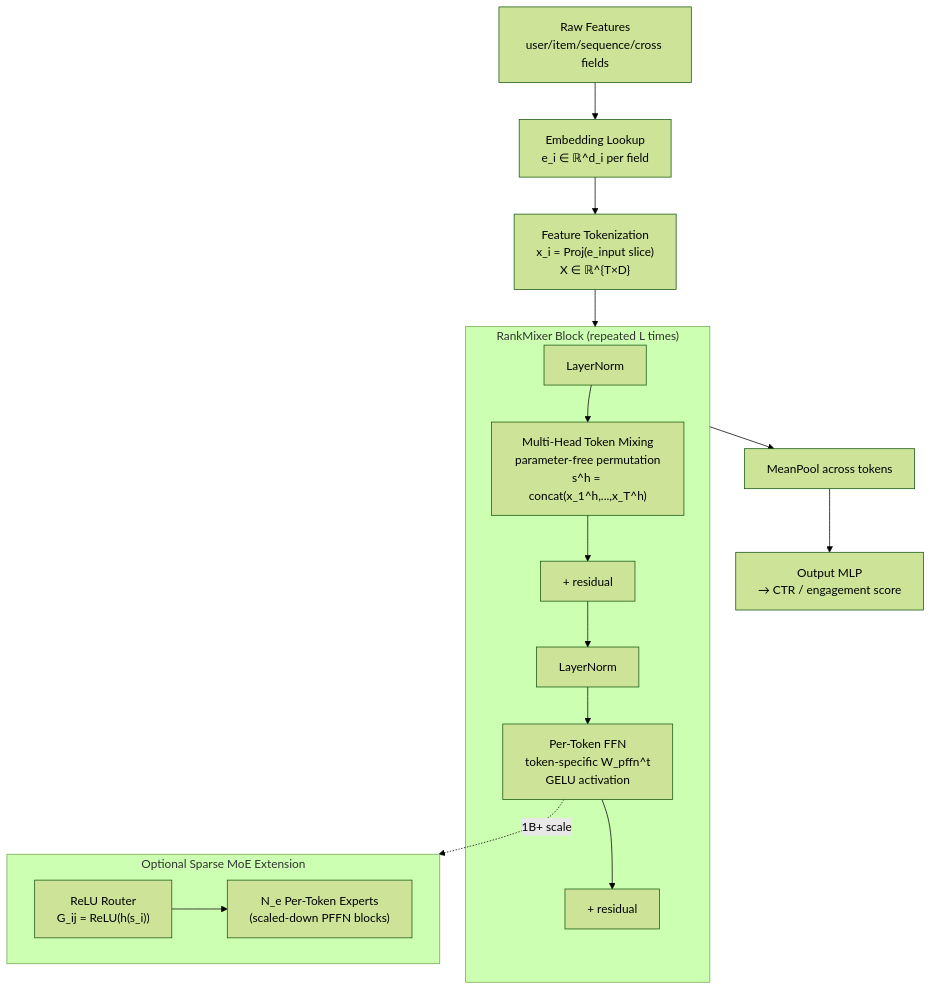
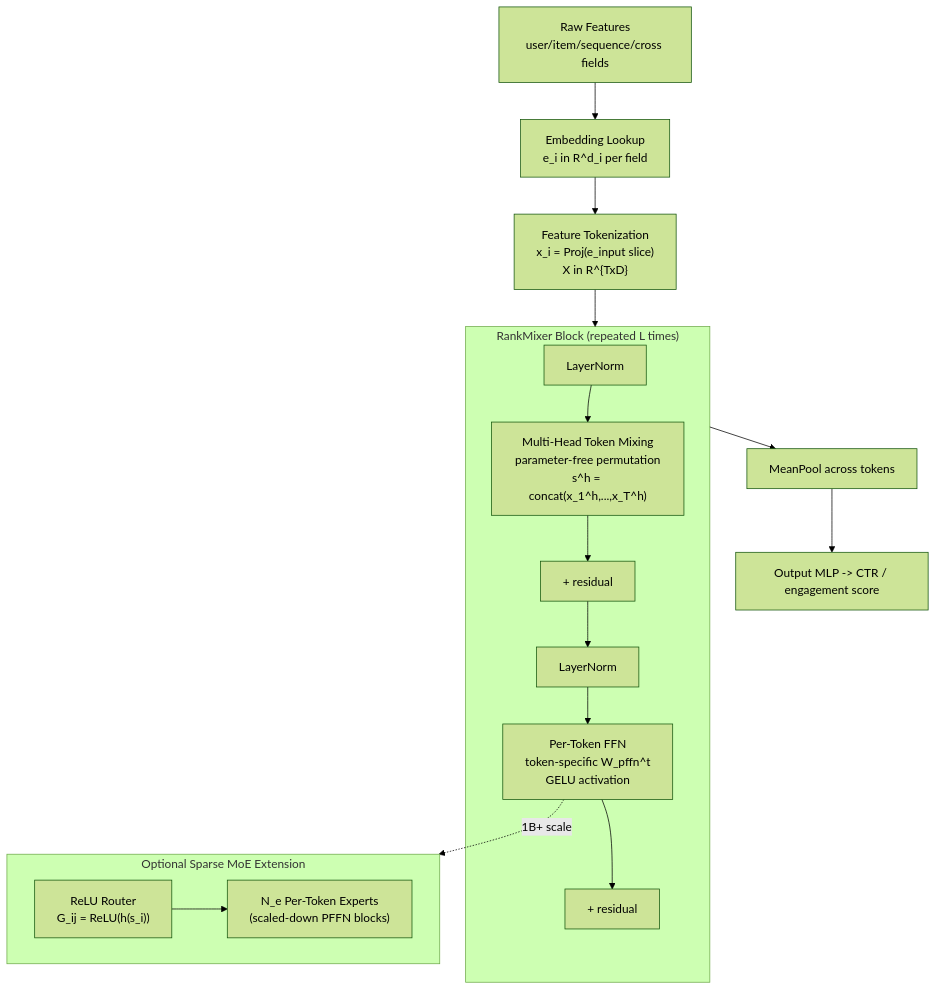
The first of 2 diagrams in papers/rankmixer/rankmixer.md (calwoo/research-notes), drawn with Mermaid (forest theme) before and after one commit. The commit also changed other lines of this file and 1 other file, not shown here.

````diff
--- a/papers/rankmixer/rankmixer.md
+++ b/papers/rankmixer/rankmixer.md
@@ -221,30 +255,30 @@
 ```mermaid
 flowchart TD
     RAW["Raw Features<br/>user/item/sequence/cross fields"]
-    EMB["Embedding Lookup<br/>e_i ∈ ℝ^d_i per field"]
-    TOK["Feature Tokenization<br/>x_i = Proj(e_input slice)<br/>X ∈ ℝ^{T×D}"]
+    EMB["Embedding Lookup<br/>e_i in R^d_i per field"]
+    TOK["Feature Tokenization<br/>x_i = Proj(e_input slice)<br/>X in R^{TxD}"]
     RAW --> EMB --> TOK
 
     subgraph BLOCK["RankMixer Block (repeated L times)"]
         LN1["LayerNorm"]
         MIX["Multi-Head Token Mixing<br/>parameter-free permutation<br/>s^h = concat(x_1^h,...,x_T^h)"]
         ADD1["+ residual"]
         LN2["LayerNorm"]
         PFFN["Per-Token FFN<br/>token-specific W_pffn^t<br/>GELU activation"]
         ADD2["+ residual"]
         LN1 --> MIX --> ADD1 --> LN2 --> PFFN --> ADD2
     end
 
     TOK --> BLOCK
     BLOCK --> POOL["MeanPool across tokens"]
-    POOL --> OUT["Output MLP<br/>→ CTR / engagement score"]
+    POOL --> OUT["Output MLP -> CTR / engagement score"]
 
     subgraph SMOE["Optional Sparse MoE Extension"]
         direction LR
         RELU_R["ReLU Router<br/>G_ij = ReLU(h(s_i))"]
         EXPERTS["N_e Per-Token Experts<br/>(scaled-down PFFN blocks)"]
         RELU_R --> EXPERTS
     end
 
     PFFN -.->|"1B+ scale"| SMOE
 ```
````
